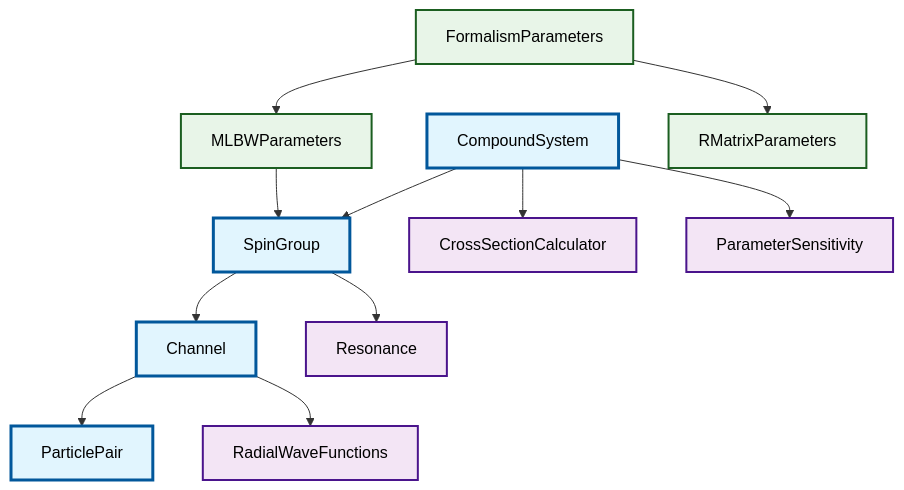
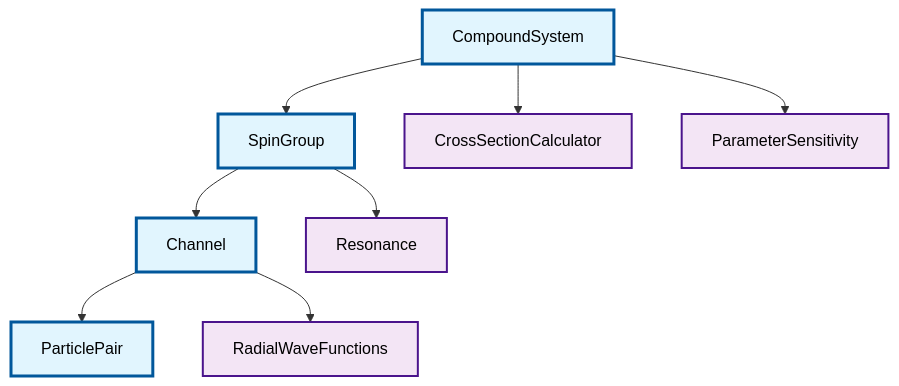
One commit to Pierresole/NuclearDataModels changed the first of 2 diagrams in README.md. Above: the diagram before and after it, drawn with Mermaid. The commit also changed other lines of this file and 3 other files, not shown here.

````diff
--- a/README.md
+++ b/README.md
@@ -84,37 +97,28 @@
 ```mermaid
 graph TB
     %% Main Components
     CS[CompoundSystem]:::main
     SG[SpinGroup]:::main
     CH[Channel]:::main
     PP[ParticlePair]:::main
     
     %% Supporting Classes
     RWF[RadialWaveFunctions]:::support
     RES[Resonance]:::support
     CALC[CrossSectionCalculator]:::support
     SENS[ParameterSensitivity]:::support
     
-    %% Data Structures
-    FP[FormalismParameters]:::data
-    MLBW[MLBWParameters]:::data
-    RM[RMatrixParameters]:::data
-    
     %% Relationships
     CS --> SG
     SG --> CH
     SG --> RES
     CH --> PP
     CH --> RWF
     CS --> CALC
     CS --> SENS
     
-    FP --> MLBW
-    FP --> RM
-    MLBW --> SG
-    
     %% Styling
     classDef main fill:#e1f5fe,stroke:#01579b,stroke-width:3px,color:#000
     classDef support fill:#f3e5f5,stroke:#4a148c,stroke-width:2px,color:#000
     classDef data fill:#e8f5e8,stroke:#1b5e20,stroke-width:2px,color:#000
 ```
````
